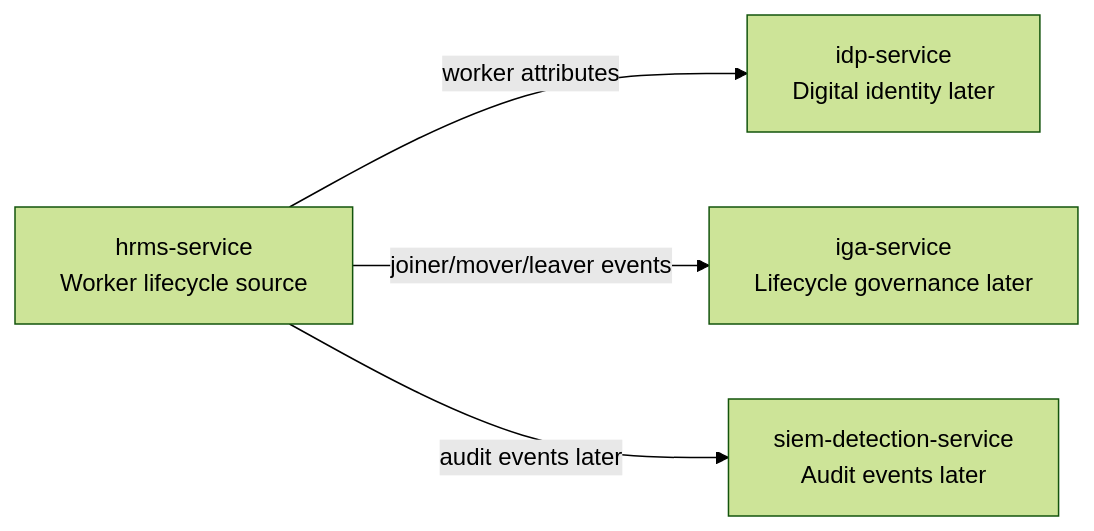
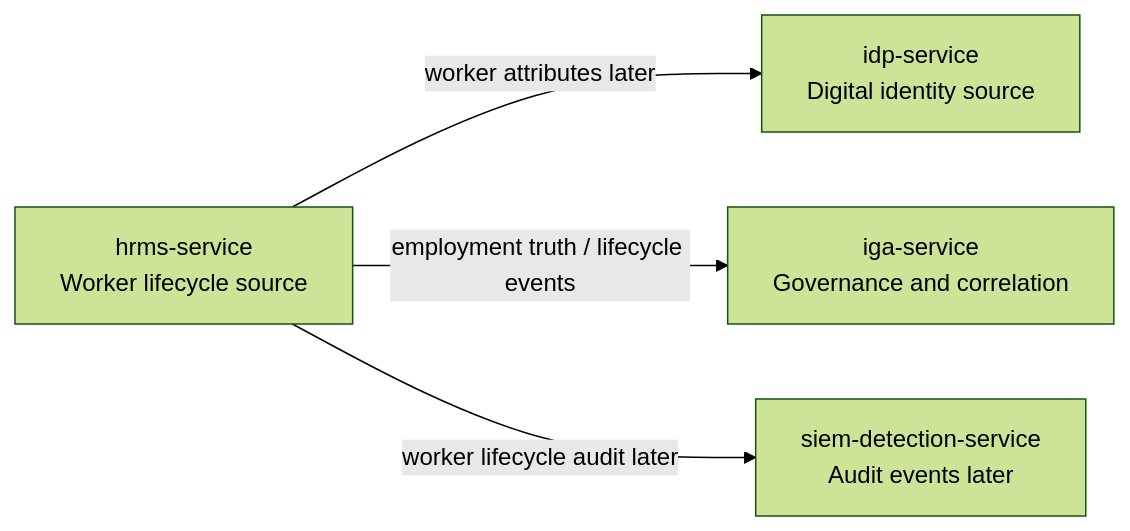
Before and after one commit to i-m-rish/luffy: the first of 7 diagrams in apps/hrms-service/docs/diagrams.md, drawn with Mermaid (forest theme). The commit also changed other lines of this file, not shown here.

Commit message:
Update HRMS diagrams with IGA normalization flow

````diff
--- a/apps/hrms-service/docs/diagrams.md
+++ b/apps/hrms-service/docs/diagrams.md
@@ -7,11 +7,11 @@
 ```mermaid
 flowchart LR
     HRMS[hrms-service<br/>Worker lifecycle source]
-    IDP[idp-service<br/>Digital identity later]
-    IGA[iga-service<br/>Lifecycle governance later]
+    IDP[idp-service<br/>Digital identity source]
+    IGA[iga-service<br/>Governance and correlation]
     SIEM[siem-detection-service<br/>Audit events later]
 
-    HRMS -->|worker attributes| IDP
-    HRMS -->|joiner/mover/leaver events| IGA
-    HRMS -->|audit events later| SIEM
+    HRMS -->|worker attributes later| IDP
+    HRMS -->|employment truth / lifecycle events| IGA
+    HRMS -->|worker lifecycle audit later| SIEM
 ```
````
